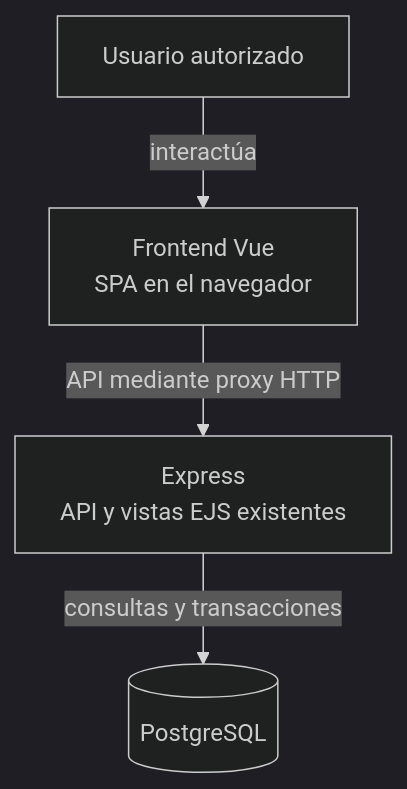
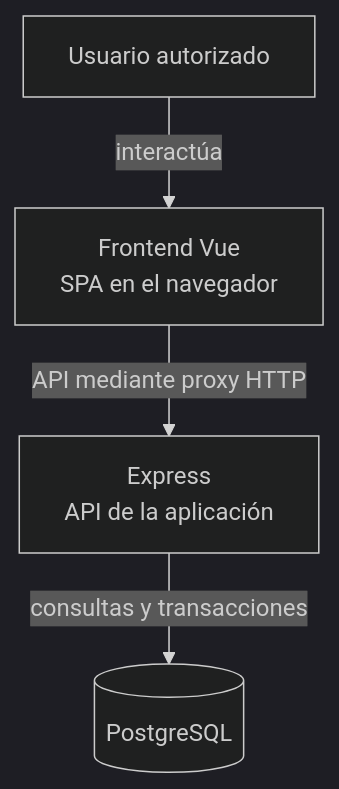
One commit to gpgsistemas01/nexus changed the first of 2 diagrams in front/docs/architecture/02-web-views.md. Above: the diagram before and after it, drawn with Mermaid (dark theme). The commit also changed 49 other files, not shown here.

````diff
--- a/front/docs/architecture/02-web-views.md
+++ b/front/docs/architecture/02-web-views.md
@@ -41,7 +41,7 @@
 ```mermaid
 flowchart TB
     user["Usuario autorizado"]
     user -->|interactúa| spa
-    spa["Frontend Vue<br/>SPA en el navegador"] -->|API mediante proxy HTTP| api["Express<br/>API y vistas EJS existentes"]
+    spa["Frontend Vue<br/>SPA en el navegador"] -->|API mediante proxy HTTP| api["Express<br/>API de la aplicación"]
     api -->|consultas y transacciones| db[("PostgreSQL")]
 ```
````
